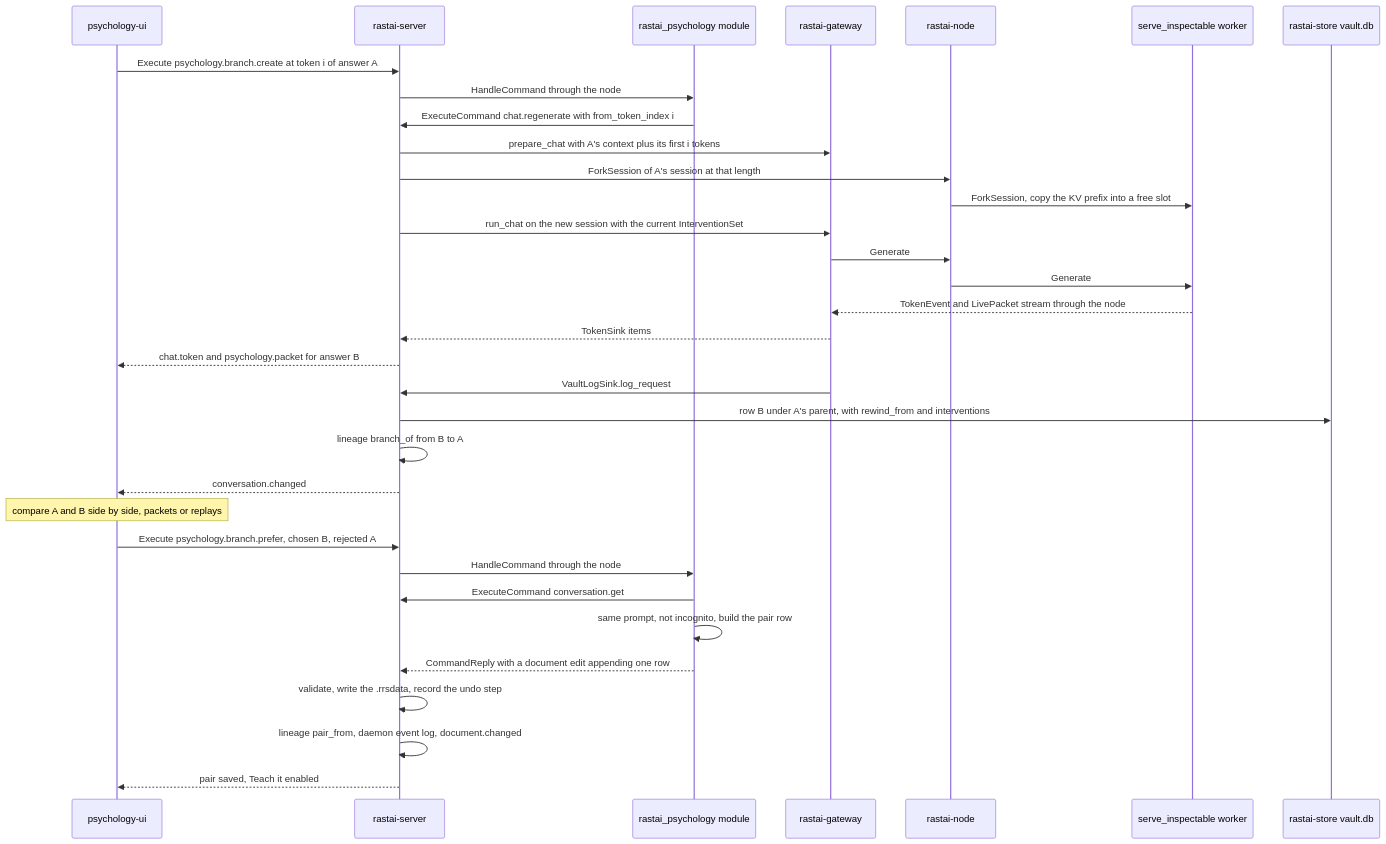
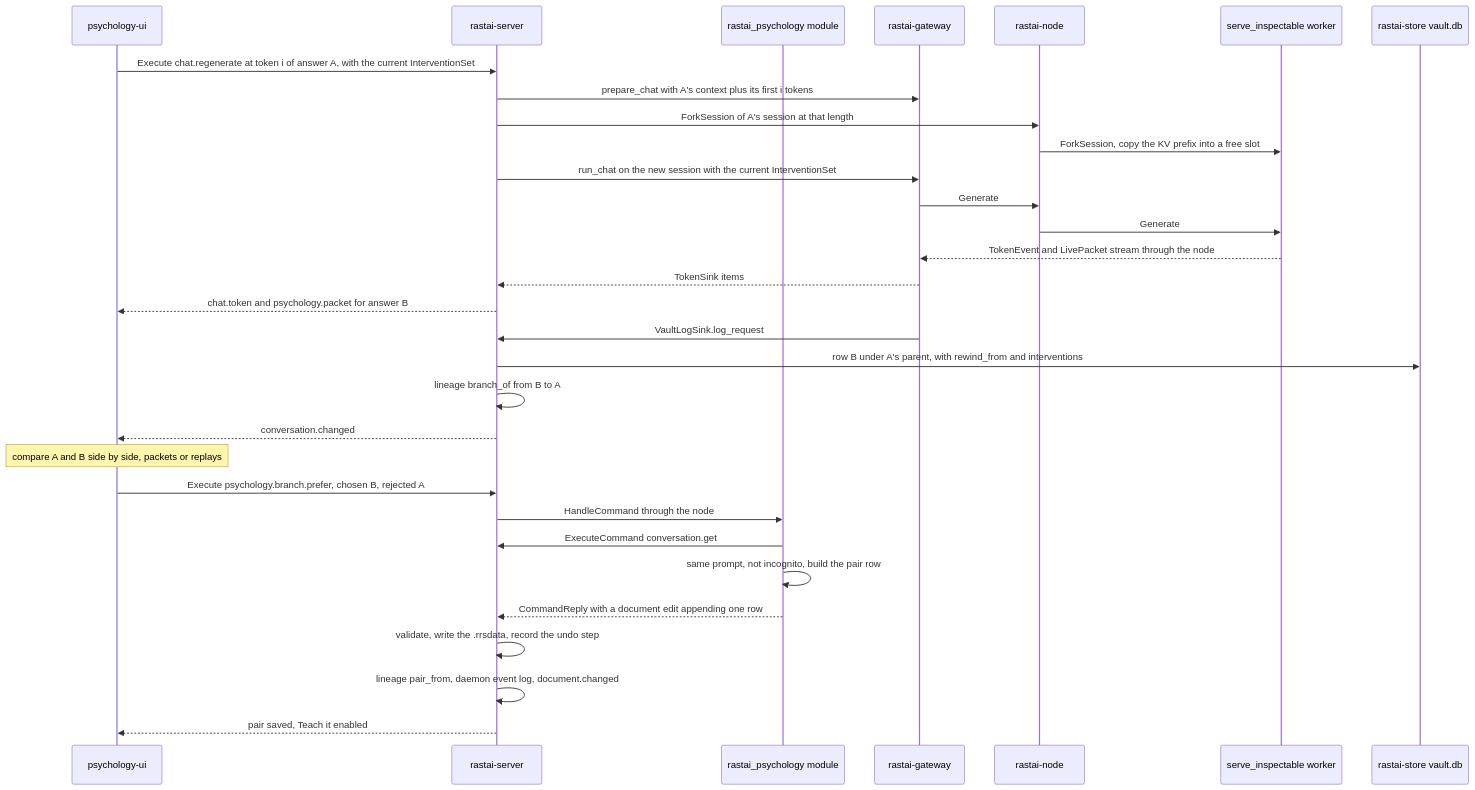
Before and after one commit to Snubiss/RASTAI-Research-Studio: diagram 26 of 31 in docs/architecture/flows/inference-psychology.md, drawn with Mermaid. The commit also changed other lines of this file and 44 other files, not shown here.

````diff
--- a/docs/architecture/flows/inference-psychology.md
+++ b/docs/architecture/flows/inference-psychology.md
@@ -1574,35 +1602,33 @@
 ```mermaid
 sequenceDiagram
   participant UI as psychology-ui
   participant SRV as rastai-server
   participant PM as rastai_psychology module
   participant GW as rastai-gateway
   participant NODE as rastai-node
   participant W as serve_inspectable worker
   participant VAULT as rastai-store vault.db
-  UI->>SRV: Execute psychology.branch.create at token i of answer A
-  SRV->>PM: HandleCommand through the node
-  PM->>SRV: ExecuteCommand chat.regenerate with from_token_index i
+  UI->>SRV: Execute chat.regenerate at token i of answer A, with the current InterventionSet
   SRV->>GW: prepare_chat with A's context plus its first i tokens
   SRV->>NODE: ForkSession of A's session at that length
   NODE->>W: ForkSession, copy the KV prefix into a free slot
   SRV->>GW: run_chat on the new session with the current InterventionSet
   GW->>NODE: Generate
   NODE->>W: Generate
   W-->>GW: TokenEvent and LivePacket stream through the node
   GW-->>SRV: TokenSink items
   SRV-->>UI: chat.token and psychology.packet for answer B
   GW->>SRV: VaultLogSink.log_request
   SRV->>VAULT: row B under A's parent, with rewind_from and interventions
   SRV->>SRV: lineage branch_of from B to A
   SRV-->>UI: conversation.changed
   Note over UI: compare A and B side by side, packets or replays
   UI->>SRV: Execute psychology.branch.prefer, chosen B, rejected A
   SRV->>PM: HandleCommand through the node
   PM->>SRV: ExecuteCommand conversation.get
   PM->>PM: same prompt, not incognito, build the pair row
   PM-->>SRV: CommandReply with a document edit appending one row
   SRV->>SRV: validate, write the .rrsdata, record the undo step
   SRV->>SRV: lineage pair_from, daemon event log, document.changed
   SRV-->>UI: pair saved, Teach it enabled
 ```
````
